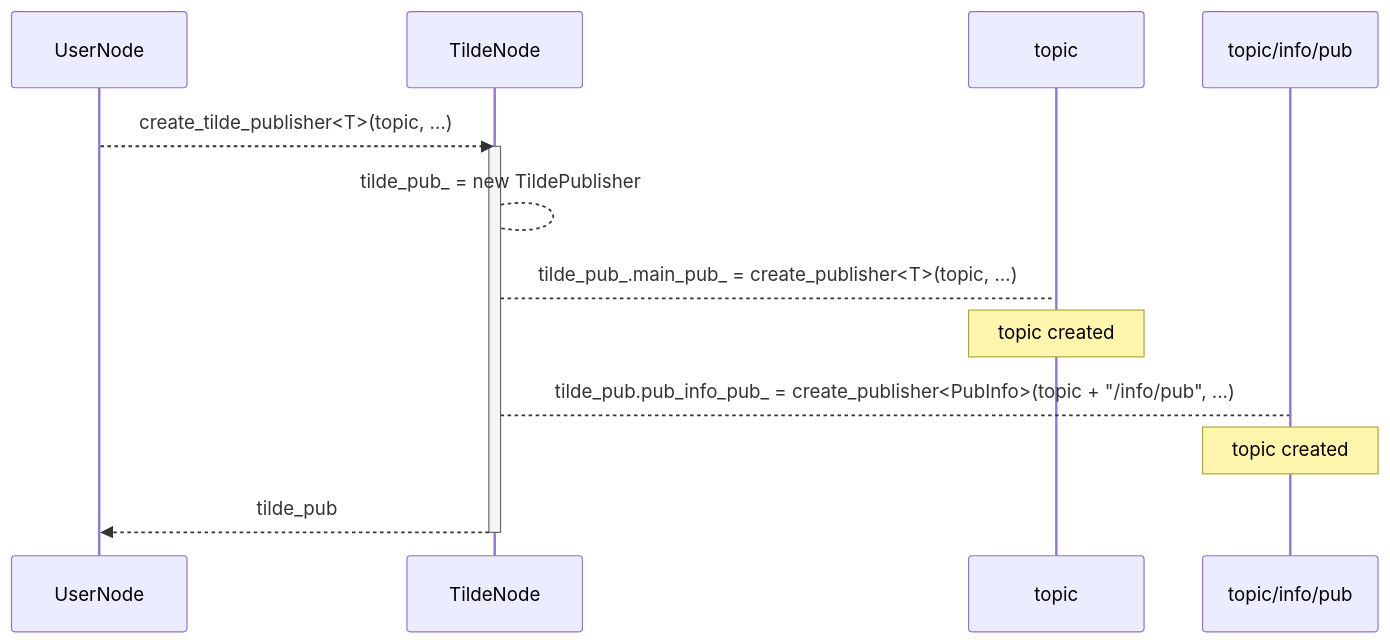
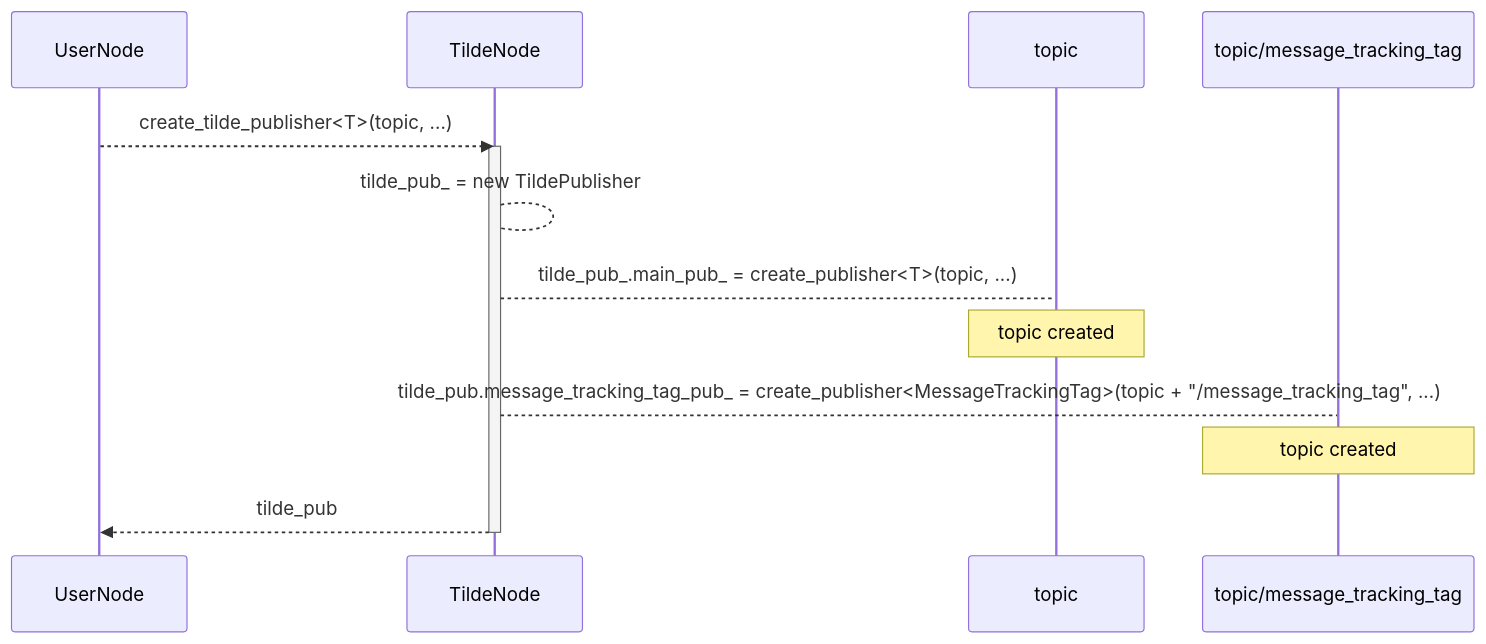
The fifth of 7 diagrams in doc/mechanism.md (tier4/TILDE), drawn with Mermaid before and after one commit. The commit also changed other lines of this file and 39 other files, not shown here.

````diff
--- a/doc/mechanism.md
+++ b/doc/mechanism.md
@@ -219,12 +219,12 @@
 ```mermaid
 sequenceDiagram
     UserNode-->>TildeNode: create_tilde_publisher<T>(topic, ...)
     activate TildeNode
     TildeNode-->TildeNode: tilde_pub_ = new TildePublisher
     TildeNode-->topic: tilde_pub_.main_pub_ = create_publisher<T>(topic, ...)
     note over topic: topic created
-    TildeNode-->topic/info/pub: tilde_pub.pub_info_pub_ = create_publisher<PubInfo>(topic + "/info/pub", ...)
-    note over topic/info/pub: topic created
+    TildeNode-->topic/message_tracking_tag: tilde_pub.message_tracking_tag_pub_ = create_publisher<MessageTrackingTag>(topic + "/message_tracking_tag", ...)
+    note over topic/message_tracking_tag: topic created
     TildeNode-->>UserNode: tilde_pub
     deactivate TildeNode
 ```
````
